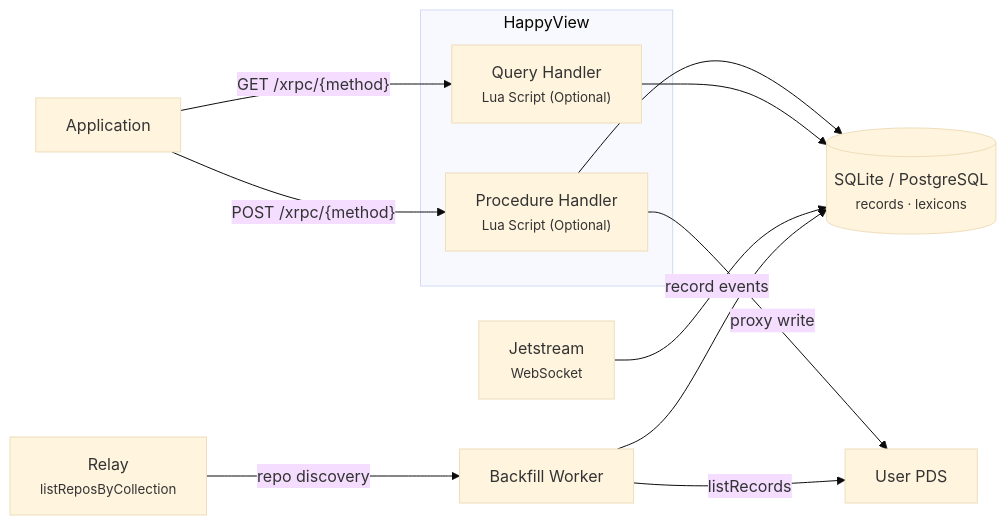
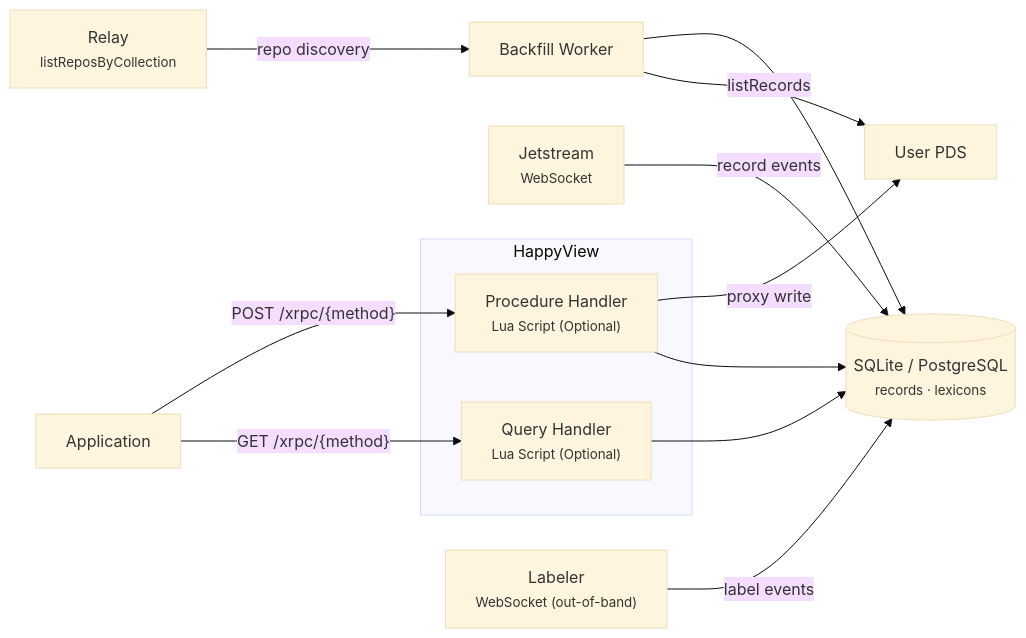
Before and after one commit to gamesgamesgamesgamesgames/HappyView: the first of 6 diagrams in packages/docs/docs/reference/architecture.md, drawn with Mermaid (base theme). The commit also changed other lines of this file and 1 other file, not shown here.

Commit message:
docs: expand labeler info

````diff
--- a/packages/docs/docs/reference/architecture.md
+++ b/packages/docs/docs/reference/architecture.md
@@ -7,24 +7,26 @@
 ```mermaid
 graph LR
   Application
 
   Application -->|"GET /xrpc/{method}"| Query
   Application -->|"POST /xrpc/{method}"| Procedure
 
   subgraph HappyView
     Query["Query Handler<br/><small>Lua Script (Optional)</small>"]
     Procedure["Procedure Handler<br/><small>Lua Script (Optional)</small>"]
   end
 
   Procedure --> DB
   Query --> DB
 
   Procedure -->|proxy write| PDS["User PDS"]
 
   DB[("SQLite / PostgreSQL<br/><small>records · lexicons</small>")]
 
   Jetstream["Jetstream<br/><small>WebSocket</small>"] -->|record events| DB
   Relay["Relay<br/><small>listReposByCollection</small>"] -->|repo discovery| Backfill
   Backfill["Backfill Worker"] -->|listRecords| PDS
   Backfill --> DB
+
+  Labeler["Labeler<br/><small>WebSocket (out-of-band)</small>"] -->|label events| DB
 ```
````
